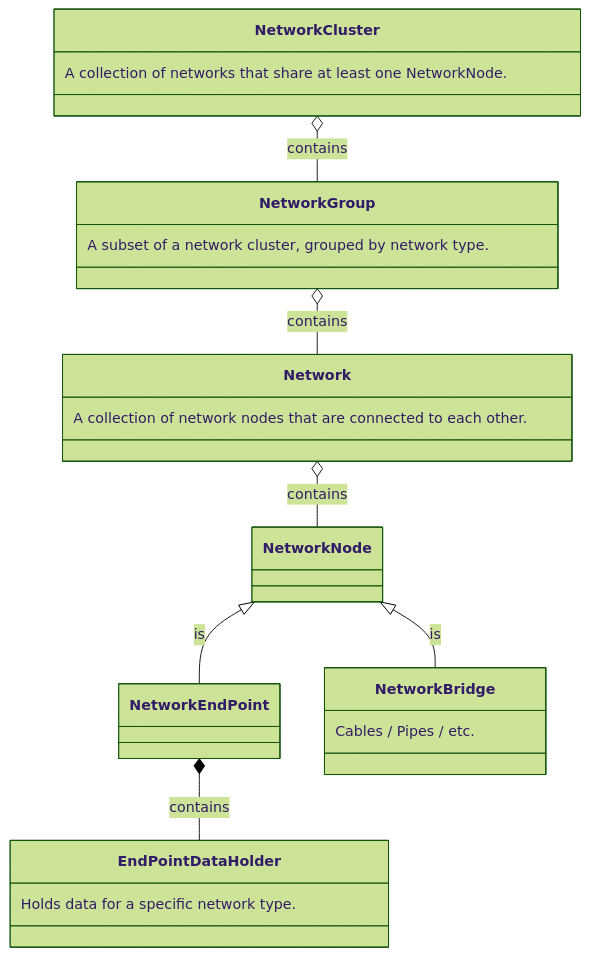
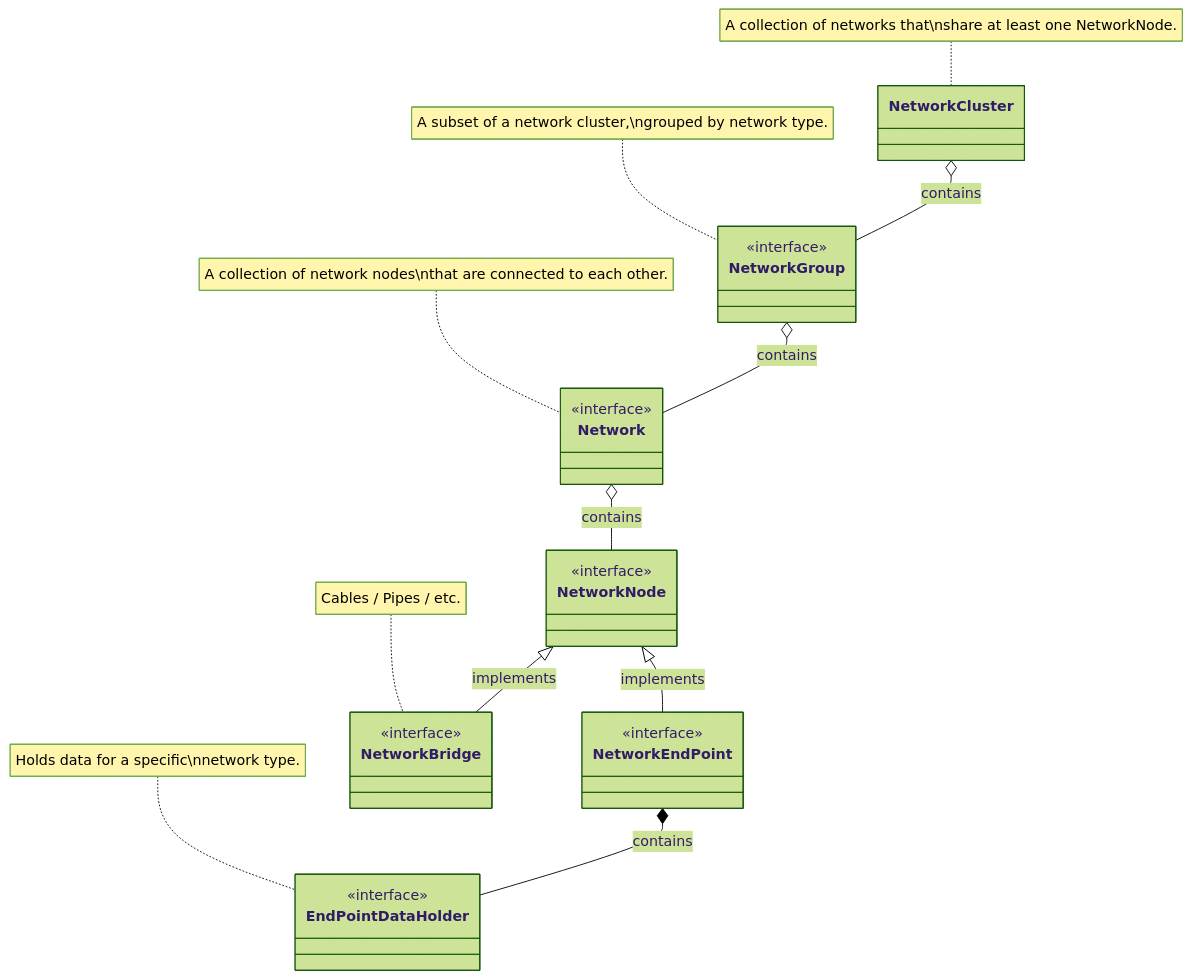
Before and after one commit to xenondevs/Docs: the first of 2 diagrams in docs/nova/addon/tile-entity-networks/introduction.md, drawn with Mermaid (forest theme).

````diff
--- a/docs/nova/addon/tile-entity-networks/introduction.md
+++ b/docs/nova/addon/tile-entity-networks/introduction.md
@@ -8,28 +8,40 @@
 ```mermaid
 classDiagram
-  class NetworkCluster {
-      A collection of networks that share at least one NetworkNode.
+  note for NetworkCluster "A collection of networks that\nshare at least one NetworkNode."
+  class NetworkCluster
+  
+  note for NetworkGroup "A subset of a network cluster,\ngrouped by network type."
+  class NetworkGroup {
+      <<interface>>
   }
-  class NetworkGroup {
-      A subset of a network cluster, grouped by network type.
+  
+  note for Network "A collection of network nodes\nthat are connected to each other."
+  class Network {
+      <<interface>>
   }
-  class Network {
-      A collection of network nodes that are connected to each other.
+  
+  class NetworkNode {
+      <<interface>>
   }
-  class NetworkNode
-  class NetworkEndPoint
+  
+  class NetworkEndPoint {
+      <<interface>>
+  }
+  
+  note for NetworkBridge "Cables / Pipes / etc."
   class NetworkBridge {
-      Cables / Pipes / etc.
+      <<interface>>
   }
+  
+  note for EndPointDataHolder "Holds data for a specific\nnetwork type."
   class EndPointDataHolder {
-      Holds data for a specific network type.
+      <<interface>>
   }
   
   NetworkCluster o-- NetworkGroup : contains
   NetworkGroup o-- Network : contains
   Network o-- NetworkNode : contains
-  NetworkNode <|-- NetworkEndPoint : is
-  NetworkNode <|-- NetworkBridge : is
+  NetworkNode <|-- NetworkEndPoint : implements
+  NetworkNode <|-- NetworkBridge : implements
   NetworkEndPoint *-- EndPointDataHolder : contains
-
 ```
````
